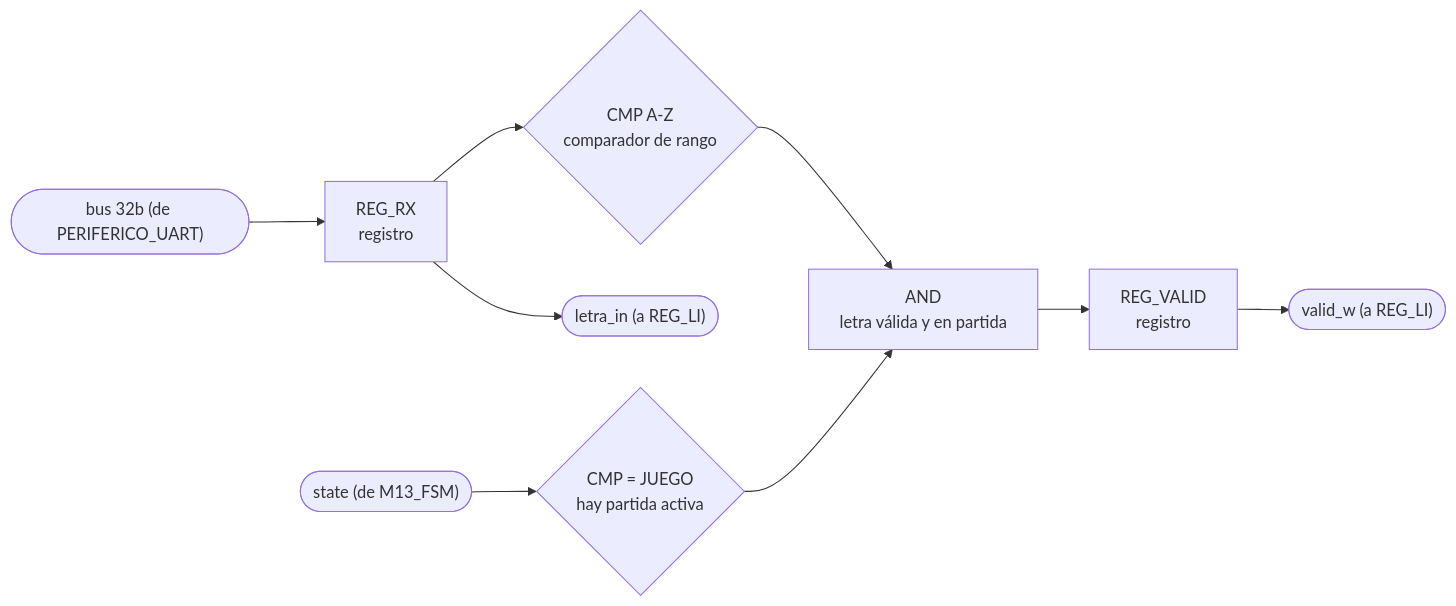
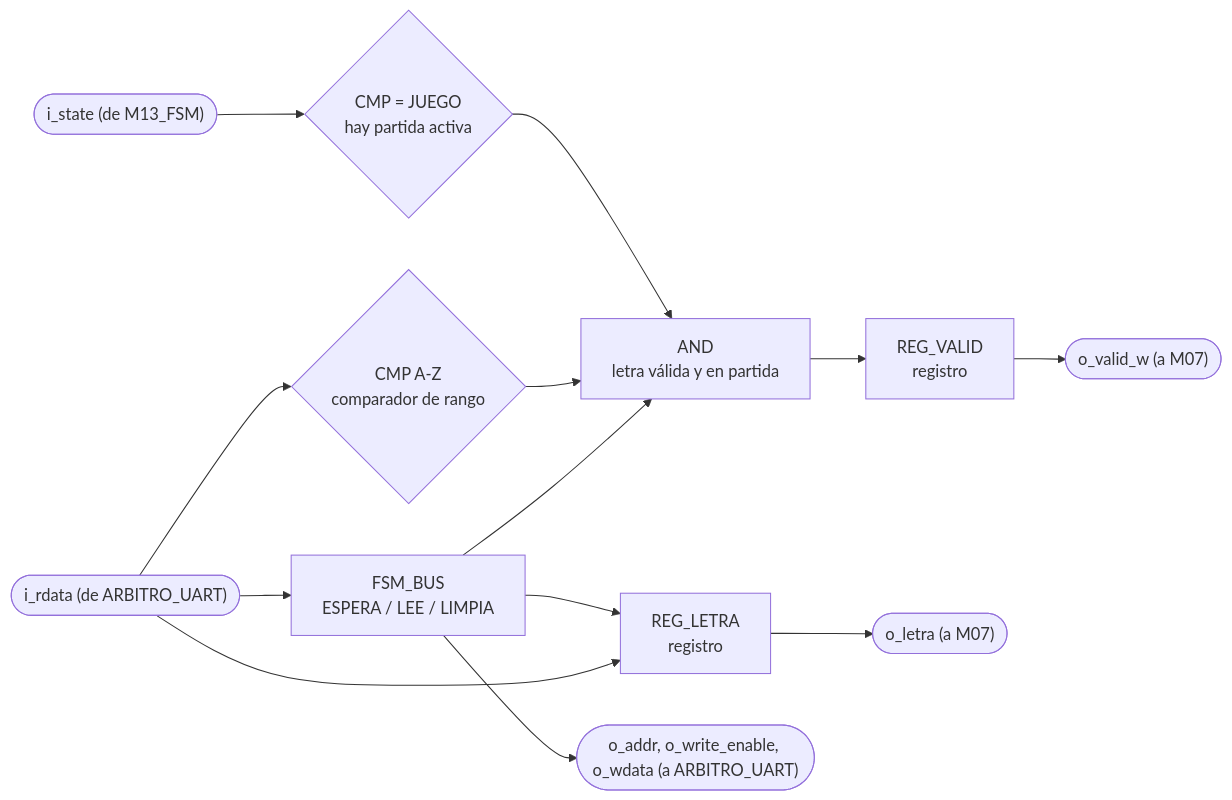
One commit to Taller-de-diseno-digital-GR01/Proyecto-2-Ahorcado changed diagram 11 of 14 in docs/diseño/diagramas/nivel03.md. Above: the diagram before and after it, drawn with Mermaid. The commit also changed other lines of this file, not shown here.

Commit message:
arbitro dibujado en el nivel 3

````diff
--- a/docs/diseño/diagramas/nivel03.md
+++ b/docs/diseño/diagramas/nivel03.md
@@ -476,11 +486,15 @@
 ```mermaid
 flowchart LR
-    IN_BUS(["bus 32b (de PERIFERICO_UART)"]) --> REG_RX["REG_RX<br/>registro"]
-    REG_RX --> CMP1{"CMP A-Z<br/>comparador de rango"}
-    IN_STATE(["state (de M13_FSM)"]) --> CMP_JUEGO{"CMP = JUEGO<br/>hay partida activa"}
-    CMP1 --> AND1["AND<br/>letra válida y en partida"]
-    CMP_JUEGO --> AND1
+    IN_RD(["i_rdata (de ARBITRO_UART)"]) --> FSM_BUS["FSM_BUS<br/>ESPERA / LEE / LIMPIA"]
+    IN_RD --> CMP_RNG{"CMP A-Z<br/>comparador de rango"}
+    IN_STATE(["i_state (de M13_FSM)"]) --> CMP_JG{"CMP = JUEGO<br/>hay partida activa"}
+    FSM_BUS --> AND1["AND<br/>letra válida y en partida"]
+    CMP_RNG --> AND1
+    CMP_JG --> AND1
     AND1 --> REG_VALID["REG_VALID<br/>registro"]
-    REG_RX --> OUT_LETRA(["letra_in (a REG_LI)"])
-    REG_VALID --> OUT_VALIDW(["valid_w (a REG_LI)"])
+    IN_RD --> REG_LETRA["REG_LETRA<br/>registro"]
+    FSM_BUS --> REG_LETRA
+    REG_LETRA --> OUT_LETRA(["o_letra (a M07)"])
+    REG_VALID --> OUT_VW(["o_valid_w (a M07)"])
+    FSM_BUS --> OUT_BUS(["o_addr, o_write_enable, o_wdata (a ARBITRO_UART)"])
 ```
````
